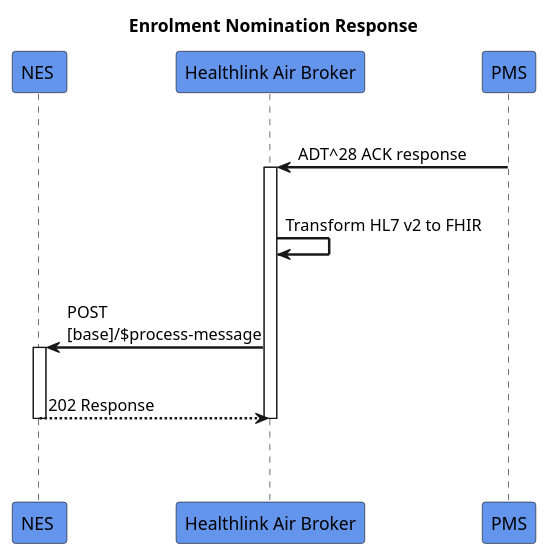
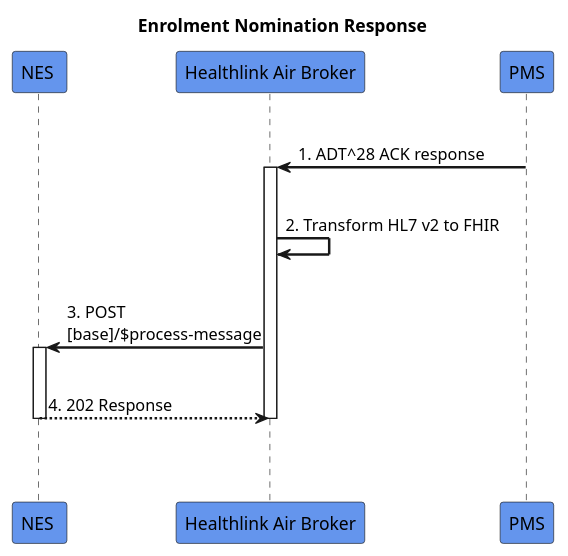
Before and after one commit to HL7NZ/nes-ig: the diagram in input/images-source/enrolment-nomination-response.plantuml, drawn with PlantUML. The commit also changed 2 other files, not shown here.

```diff
--- a/input/images-source/enrolment-nomination-response.plantuml
+++ b/input/images-source/enrolment-nomination-response.plantuml
@@ -1,25 +1,25 @@
 @startuml
 skinparam sequenceArrowThickness 2
 skinparam roundcorner 5
 skinparam maxmessagesize 180
 skinparam sequenceParticipant bold
 title  Enrolment Nomination Response
 participant "NES " as A #CornflowerBlue
 participant "Healthlink Air Broker" as B #CornflowerBlue
 participant "PMS" as C #CornflowerBlue
 |||
 
-C-> B: ADT^28 ACK response
+C-> B: 1. ADT^28 ACK response
 activate B
 |||
-B -> B: Transform HL7 v2 to FHIR
+B -> B: 2. Transform HL7 v2 to FHIR
 |||
-B -> A:  POST [base]/$process-message
+B -> A:  3. POST [base]/$process-message
 activate A
 |||
-A -[dashed]-> B: 202 Response 
+A -[dashed]-> B: 4. 202 Response 
 |||
 deactivate A
 deactivate B
 |||
 @enduml
```
